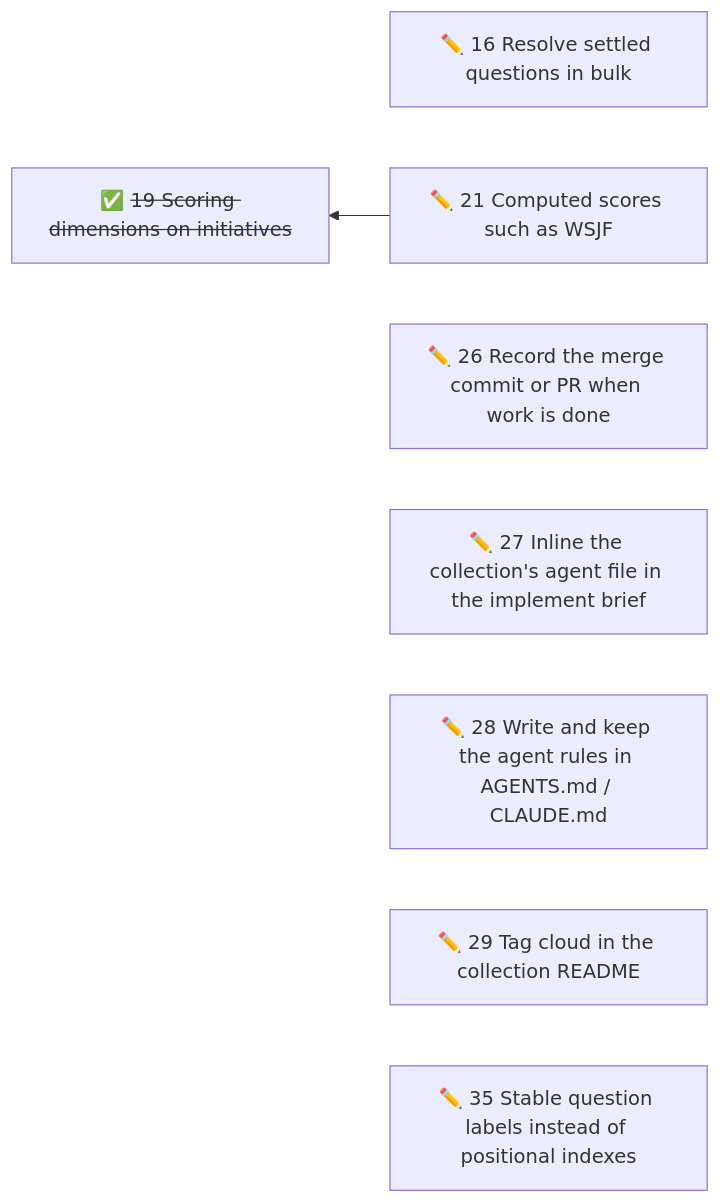
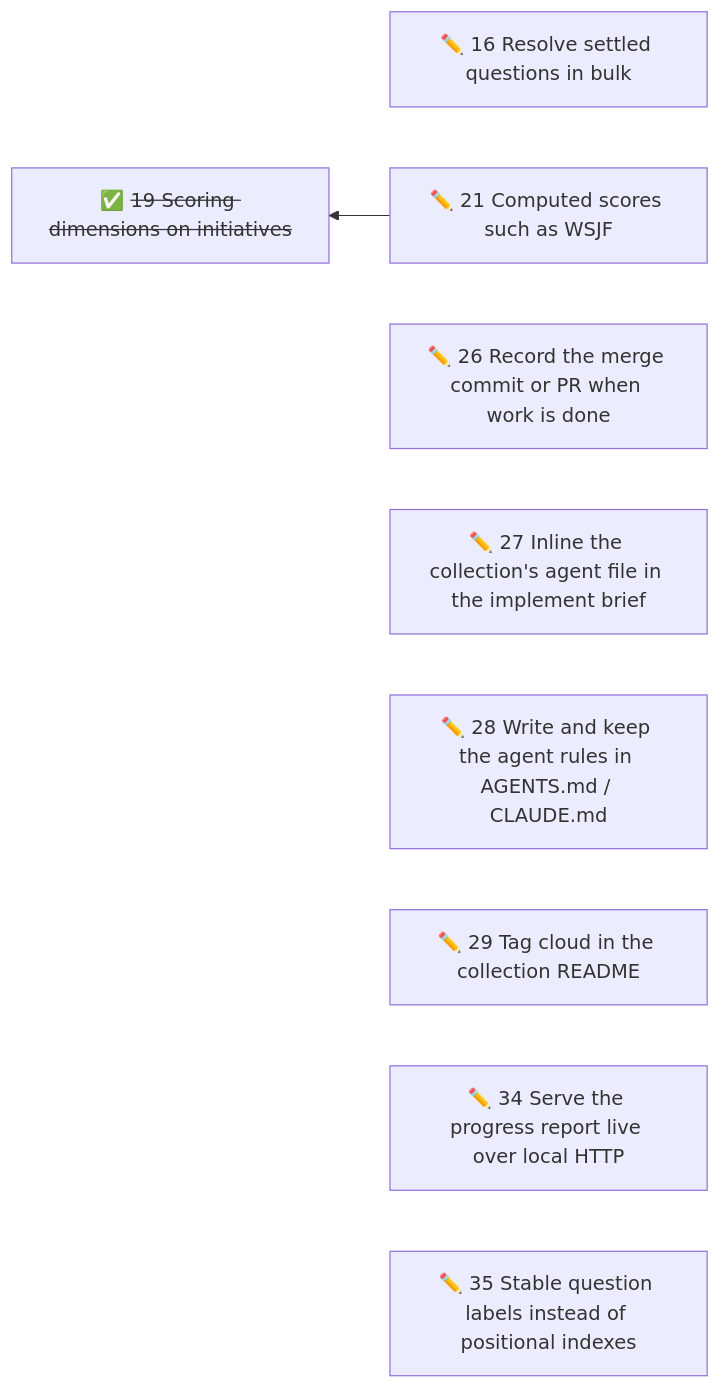
Before and after one commit to duckAsteroid/brindley: the diagram in initiatives/README.md, drawn with Mermaid. The commit also changed other lines of this file and 1 other file, not shown here.

Commit message:
docs(initiatives): propose serving the progress report live over local HTTP

````diff
--- a/initiatives/README.md
+++ b/initiatives/README.md
@@ -36,20 +37,22 @@
 ```mermaid
 flowchart RL
   n16["✏️ 16 Resolve settled questions in bulk"]
   n21["✏️ 21 Computed scores such as WSJF"]
   n26["✏️ 26 Record the merge commit or PR when work is done"]
   n27["✏️ 27 Inline the collection's agent file in the implement brief"]
   n28["✏️ 28 Write and keep the agent rules in AGENTS.md / CLAUDE.md"]
   n29["✏️ 29 Tag cloud in the collection README"]
+  n34["✏️ 34 Serve the progress report live over local HTTP"]
   n35["✏️ 35 Stable question labels instead of positional indexes"]
   n19["✅ <s>19 Scoring dimensions on initiatives</s>"]
   n21 --> n19
   click n16 href "16-resolve-settled-questions-in-bulk.md"
   click n21 href "21-computed-scores-such-as-wsjf.md"
   click n26 href "26-record-the-merge-commit-or-pr-when-work-is-done.md"
   click n27 href "27-inline-the-collection-s-agent-file-in-the-implement-brief.md"
   click n28 href "28-write-and-keep-the-agent-rules-in-agents-md-claude-md.md"
   click n29 href "29-tag-cloud-in-the-collection-readme.md"
+  click n34 href "34-serve-the-progress-report-live-over-local-http.md"
   click n35 href "35-stable-question-labels-instead-of-positional-indexes.md"
   click n19 href "done/19-rank-initiatives-by-scoring-dimensions.md"
 ```
````
